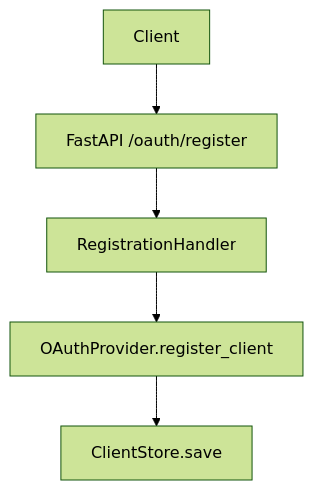
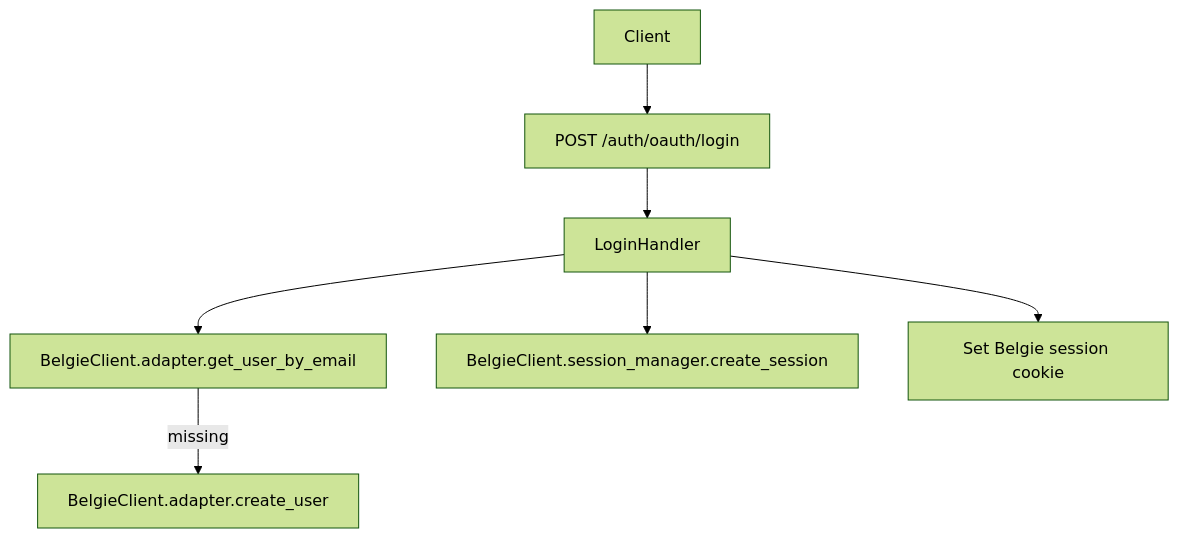
One commit to mplemay/belgie changed the third of 5 diagrams in design/010-belgie-oauth-auth-server.md. Above: the diagram before and after it, drawn with Mermaid (forest theme). The commit also changed other lines of this file and 21 other files, not shown here.

Commit message:
feat: add belgie-oauth auth server plugin

````diff
--- a/design/010-belgie-oauth-auth-server.md
+++ b/design/010-belgie-oauth-auth-server.md
@@ -147,7 +152,9 @@
 ```mermaid
 graph TD
-    A[Client] --> B[FastAPI /oauth/register]
-    B --> C[RegistrationHandler]
-    C --> D[OAuthProvider.register_client]
-    D --> E[ClientStore.save]
+    A[Client] --> B[POST /auth/oauth/login]
+    B --> C[LoginHandler]
+    C --> D[BelgieClient.adapter.get_user_by_email]
+    D -->|missing| E[BelgieClient.adapter.create_user]
+    C --> F[BelgieClient.session_manager.create_session]
+    C --> G[Set Belgie session cookie]
 ```
````
